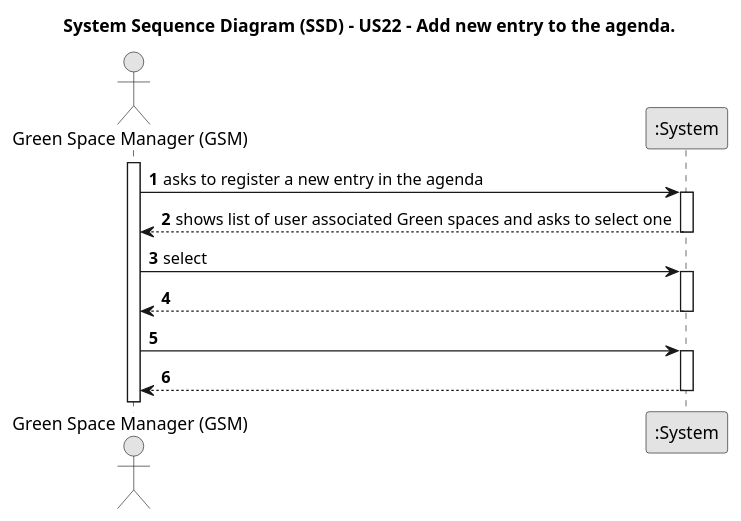
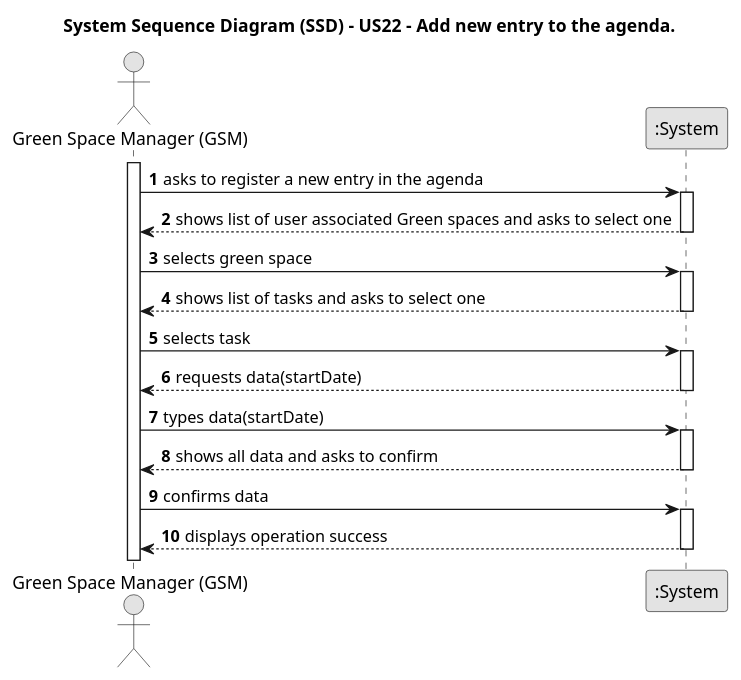
Before and after one commit to Departamento-de-Engenharia-Informatica/lei-24-s2-1db-g022: the diagram in docs/sprint3/us22/01.requirements-engineering/puml/us22-system-sequence-diagram.puml, drawn with PlantUML. The commit also changed 6 other files, not shown here.

```diff
--- a/docs/sprint3/us22/01.requirements-engineering/puml/us22-system-sequence-diagram.puml
+++ b/docs/sprint3/us22/01.requirements-engineering/puml/us22-system-sequence-diagram.puml
@@ -1,35 +1,45 @@
 @startuml
 skinparam monochrome true
 skinparam packageStyle rectangle
 skinparam shadowing false
 
 title System Sequence Diagram (SSD) - US22 - Add new entry to the agenda.
 
 autonumber
 
 actor "Green Space Manager (GSM)" as GSM
 participant ":System" as System
 
 activate GSM
 
     GSM -> System : asks to register a new entry in the agenda
     activate System
 
-        System --> GSM : shows list of user associated Green spaces and asks to select one
+    System --> GSM : shows list of user associated Green spaces and asks to select one
     deactivate System
 
-    GSM->System: select 
+    GSM->System: selects green space
     activate System
 
-        System --> GSM :
-
+    System --> GSM : shows list of tasks and asks to select one
     deactivate System
 
-
-    GSM -> System :
+    GSM->System: selects task
     activate System
 
-        System --> GSM :
+    System --> GSM : requests data(startDate)
+    deactivate System
+
+    GSM -> System : types data(startDate)
+    activate System
+
+    System --> GSM : shows all data and asks to confirm
+    deactivate System
+
+    GSM -> System : confirms data
+    activate System
+
+    System --> GSM : displays operation success
     deactivate System
 
 @enduml
```
